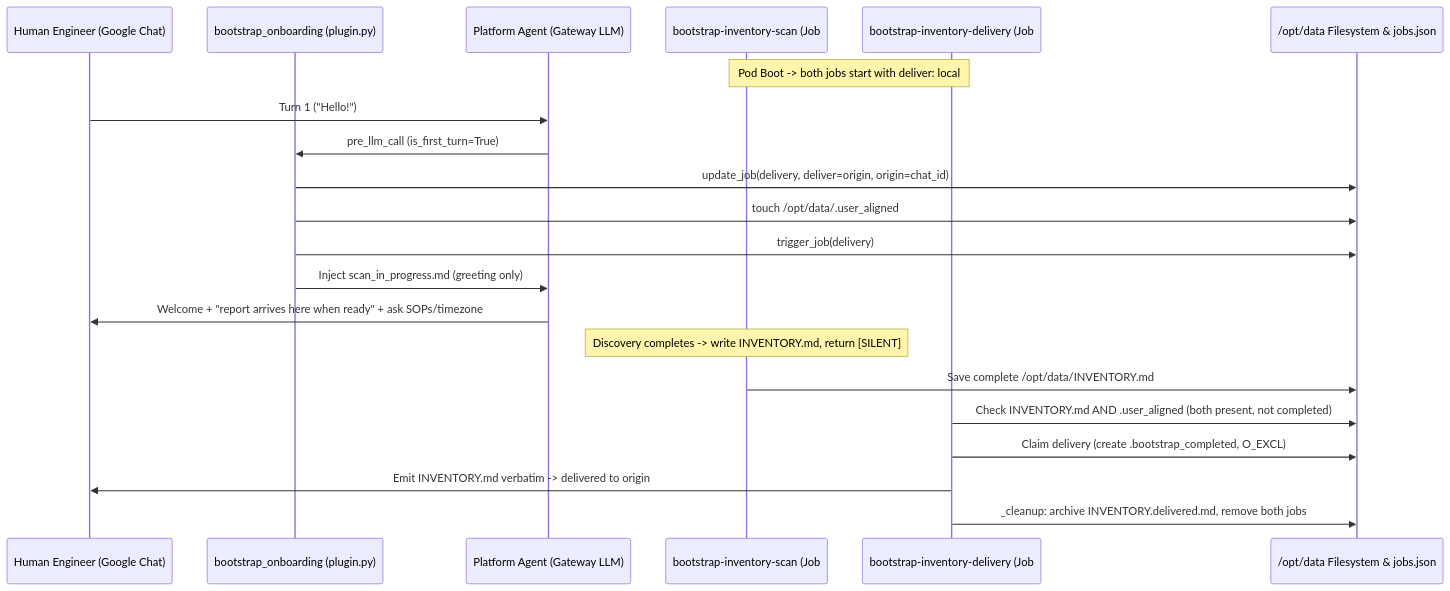
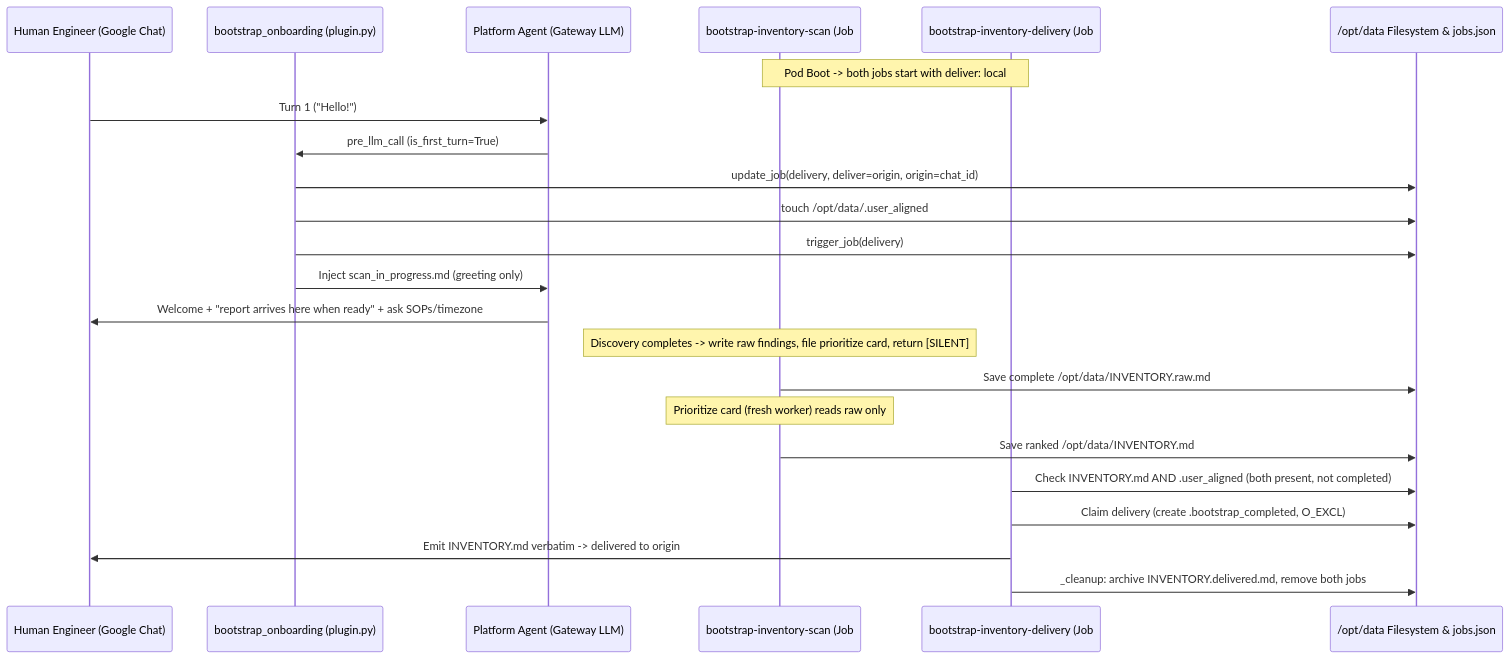
Before and after one commit to gke-labs/kube-agents: the second of 3 diagrams in agents/chat/defaults/plugins/bootstrap_onboarding/README.md, drawn with Mermaid. The commit also changed other lines of this file and 11 other files, not shown here.

````diff
--- a/agents/chat/defaults/plugins/bootstrap_onboarding/README.md
+++ b/agents/chat/defaults/plugins/bootstrap_onboarding/README.md
@@ -103,24 +111,26 @@
 ```mermaid
 sequenceDiagram
     participant User as Human Engineer (Google Chat)
     participant Hook as bootstrap_onboarding (plugin.py)
     participant Agent as Platform Agent (Gateway LLM)
     participant Scan as bootstrap-inventory-scan (Job #1, LLM)
     participant Deliver as bootstrap-inventory-delivery (Job #2, no_agent script)
     participant Disk as /opt/data Filesystem & jobs.json
 
     Note over Scan,Deliver: Pod Boot -> both jobs start with deliver: local
     User->>Agent: Turn 1 ("Hello!")
     Agent->>Hook: pre_llm_call (is_first_turn=True)
     Hook->>Disk: update_job(delivery, deliver=origin, origin=chat_id)
     Hook->>Disk: touch /opt/data/.user_aligned
     Hook->>Disk: trigger_job(delivery)
     Hook->>Agent: Inject scan_in_progress.md (greeting only)
     Agent->>User: Welcome + "report arrives here when ready" + ask SOPs/timezone
-    Note over Scan: Discovery completes -> write INVENTORY.md, return [SILENT]
-    Scan->>Disk: Save complete /opt/data/INVENTORY.md
+    Note over Scan: Discovery completes -> write raw findings, file prioritize card, return [SILENT]
+    Scan->>Disk: Save complete /opt/data/INVENTORY.raw.md
+    Note over Scan: Prioritize card (fresh worker) reads raw only
+    Scan->>Disk: Save ranked /opt/data/INVENTORY.md
     Deliver->>Disk: Check INVENTORY.md AND .user_aligned (both present, not completed)
     Deliver->>Disk: Claim delivery (create .bootstrap_completed, O_EXCL)
     Deliver->>User: Emit INVENTORY.md verbatim -> delivered to origin
     Deliver->>Disk: _cleanup: archive INVENTORY.delivered.md, remove both jobs
 ```
````
